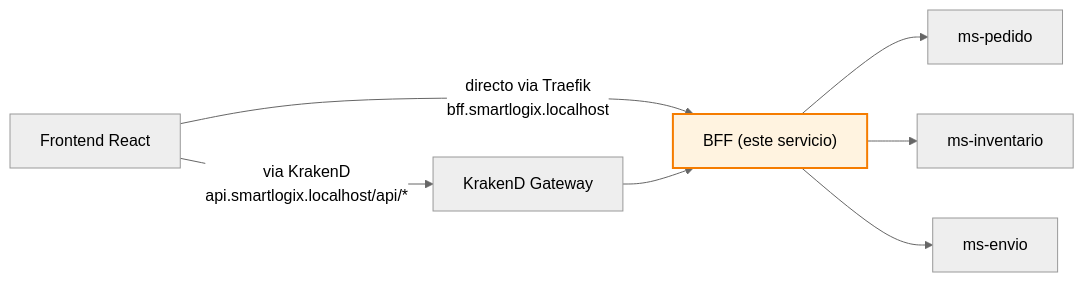
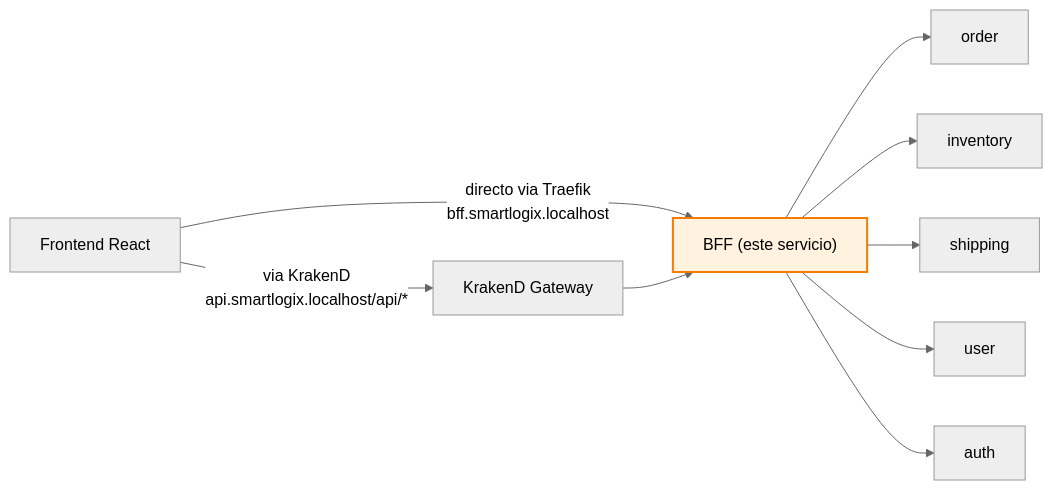
Before and after one commit to smartLogixfs/smartlogixs: the first of 3 diagrams in backend/bff/README.md, drawn with Mermaid (neutral theme). The commit also changed other lines of this file and 11 other files, not shown here.

````diff
--- a/backend/bff/README.md
+++ b/backend/bff/README.md
@@ -37,19 +39,23 @@
 ```mermaid
 flowchart LR
     FE[Frontend React]
     KR[KrakenD Gateway]
     BFF["BFF (este servicio)"]
-    P[ms-pedido]
-    I[ms-inventario]
-    E[ms-envio]
+    O[order]
+    I[inventory]
+    S[shipping]
+    U[user]
+    A[auth]
 
     FE -->|directo via Traefik<br/>bff.smartlogix.localhost| BFF
     FE -->|via KrakenD<br/>api.smartlogix.localhost/api/*| KR
     KR --> BFF
-    BFF --> P
+    BFF --> O
     BFF --> I
-    BFF --> E
+    BFF --> S
+    BFF --> U
+    BFF --> A
 
     classDef bff fill:#fff3e0,stroke:#f57c00,stroke-width:2px
     class BFF bff
 ```
````
